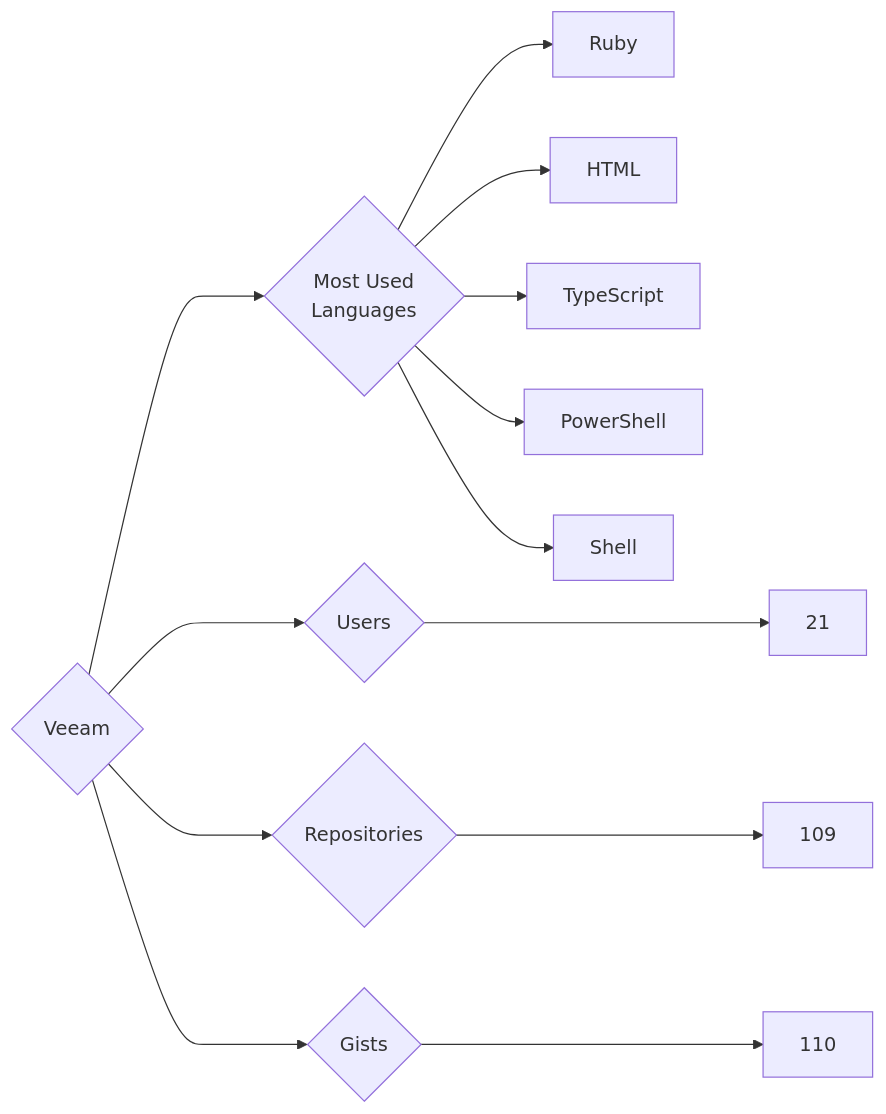
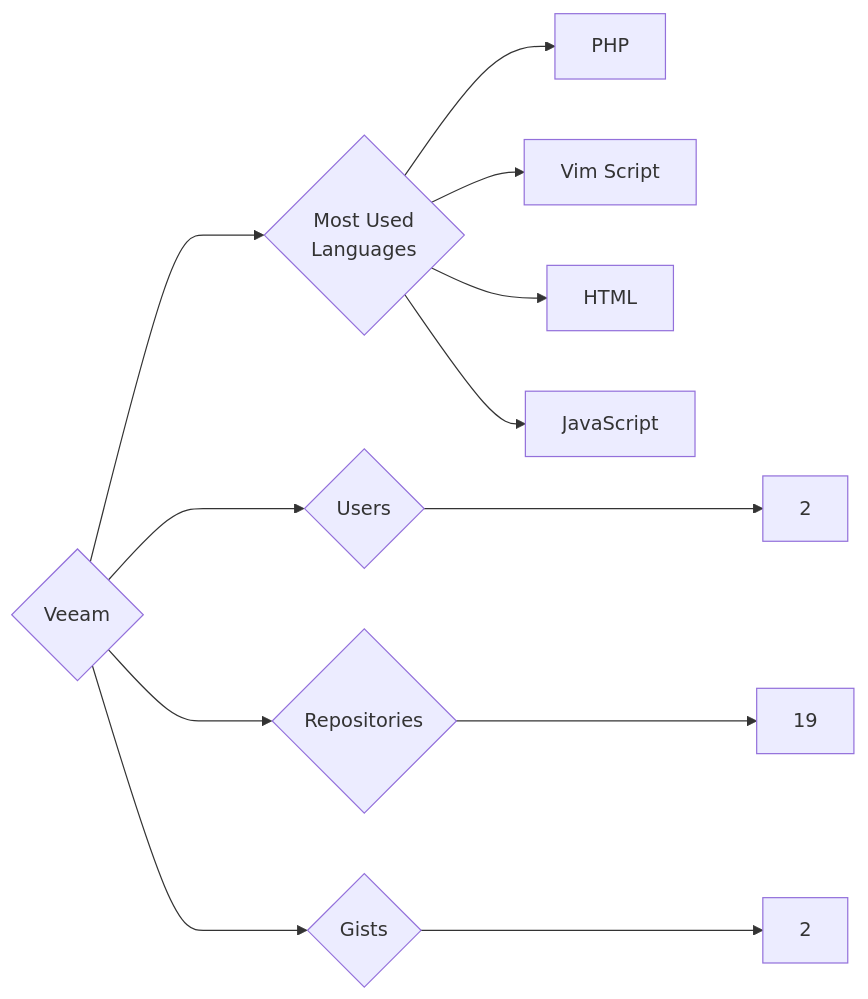
The diagram in targets/Veeam/README.md (trickest/insiders), drawn with Mermaid before and after one commit. The commit also changed 815 other files, not shown here.

````diff
--- a/targets/Veeam/README.md
+++ b/targets/Veeam/README.md
@@ -3,13 +3,12 @@
 ```mermaid
 graph LR
 COMPANY_NAME{Veeam}
-COMPANY_NAME ---> U{Users} ---> UN[21]
-COMPANY_NAME ---> R{Repositories} ---> RN[109]
-COMPANY_NAME ---> G{Gists} ---> GN[110]
+COMPANY_NAME ---> U{Users} ---> UN[2]
+COMPANY_NAME ---> R{Repositories} ---> RN[19]
+COMPANY_NAME ---> G{Gists} ---> GN[2]
 COMPANY_NAME ---> ML{Most Used<br>Languages}
-ML --> Ruby[Ruby]
+ML --> PHP[PHP]
+ML --> Vim_Script[Vim Script]
 ML --> HTML[HTML]
-ML --> TypeScript[TypeScript]
-ML --> PowerShell[PowerShell]
-ML --> Shell[Shell]
+ML --> JavaScript[JavaScript]
 ```
````
